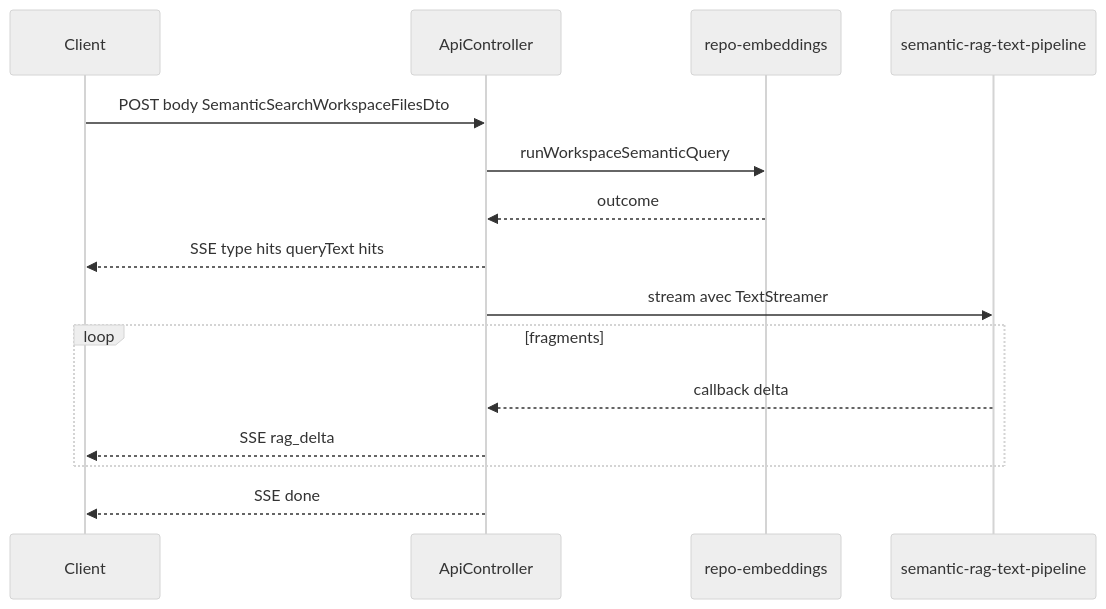
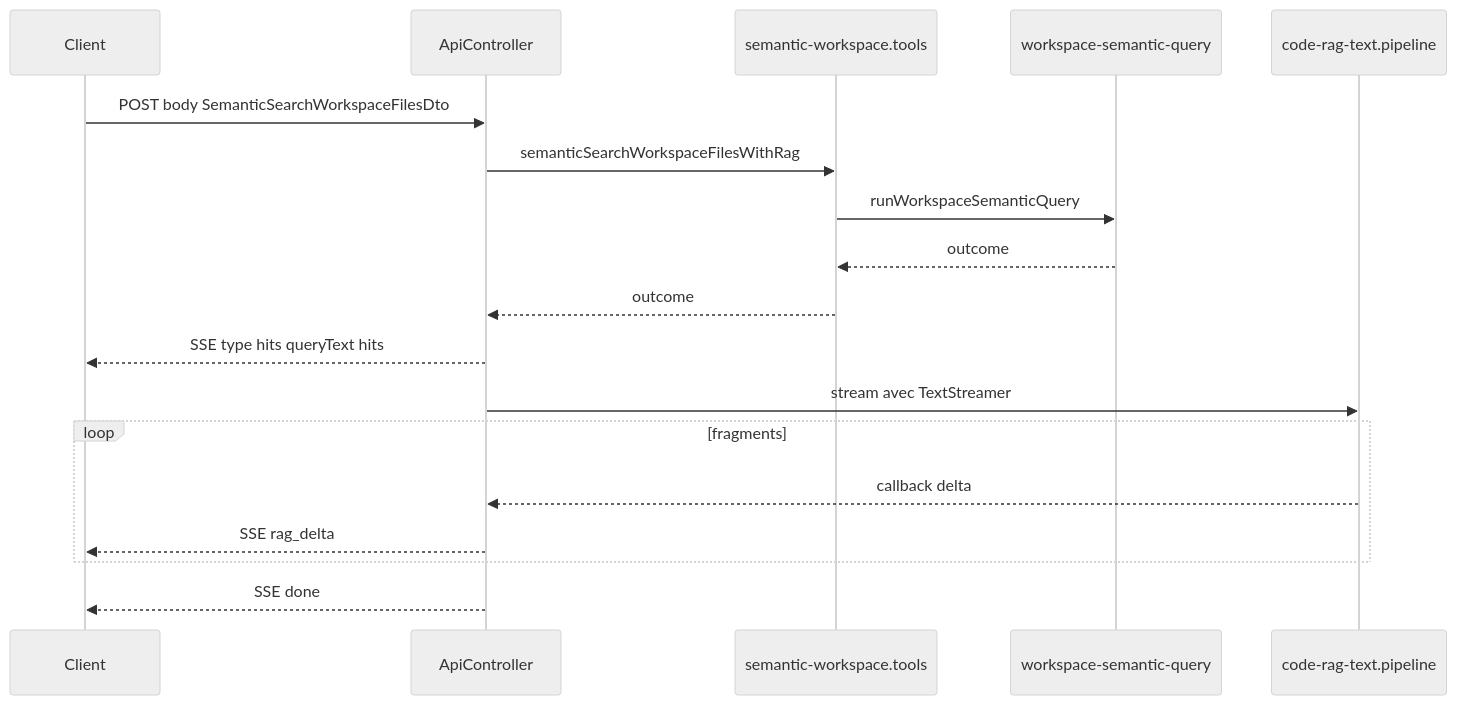
Before and after one commit to Lichens-Innovation/ai-dev-tools: the diagram in incubator/code-crawler/docs/sse_rag_streaming_api_931f9dd5.plan.md, drawn with Mermaid (neutral theme). The commit also changed other lines of this file and 31 other files, not shown here.

First line of the commit message:
feat(code-crawler): restructure semantic indexing and workspace search

````diff
--- a/incubator/code-crawler/docs/sse_rag_streaming_api_931f9dd5.plan.md
+++ b/incubator/code-crawler/docs/sse_rag_streaming_api_931f9dd5.plan.md
@@ -27,18 +27,21 @@
 ```mermaid
 sequenceDiagram
   participant Client
   participant Api as ApiController
-  participant Repo as repo-embeddings
-  participant Rag as semantic-rag-text-pipeline
+  participant Tools as semantic-workspace.tools
+  participant Query as workspace-semantic-query
+  participant Rag as code-rag-text.pipeline
 
   Client->>Api: POST body SemanticSearchWorkspaceFilesDto
-  Api->>Repo: runWorkspaceSemanticQuery
-  Repo-->>Api: outcome
+  Api->>Tools: semanticSearchWorkspaceFilesWithRag
+  Tools->>Query: runWorkspaceSemanticQuery
+  Query-->>Tools: outcome
+  Tools-->>Api: outcome
   Api-->>Client: SSE type hits queryText hits
   Api->>Rag: stream avec TextStreamer
   loop fragments
     Rag-->>Api: callback delta
     Api-->>Client: SSE rag_delta
   end
   Api-->>Client: SSE done
 ```
````
